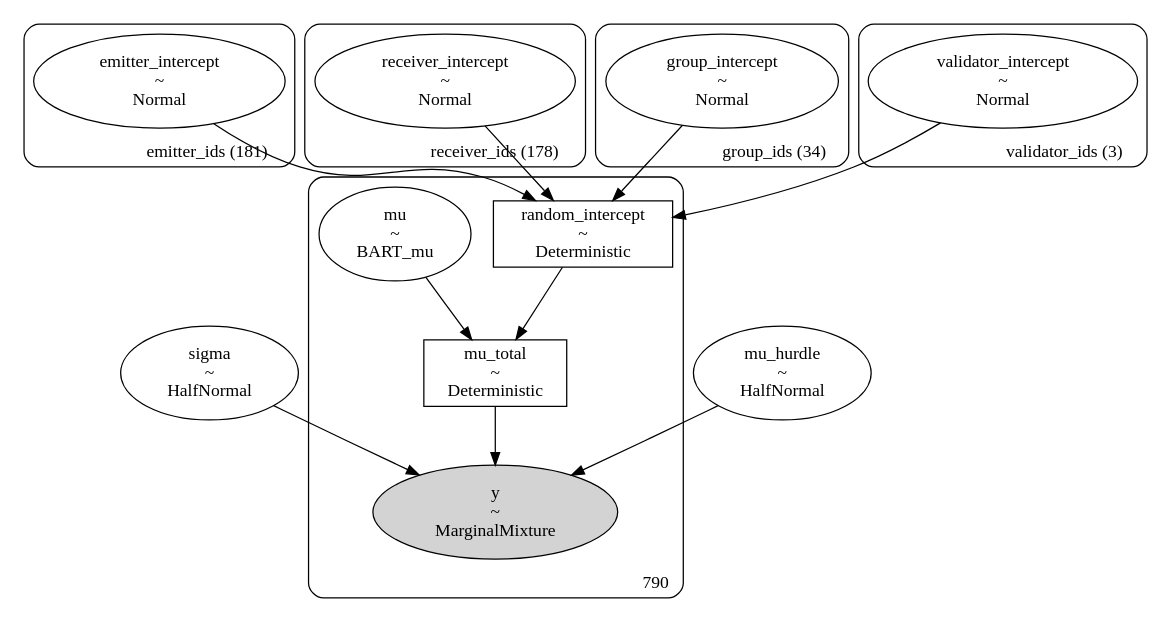
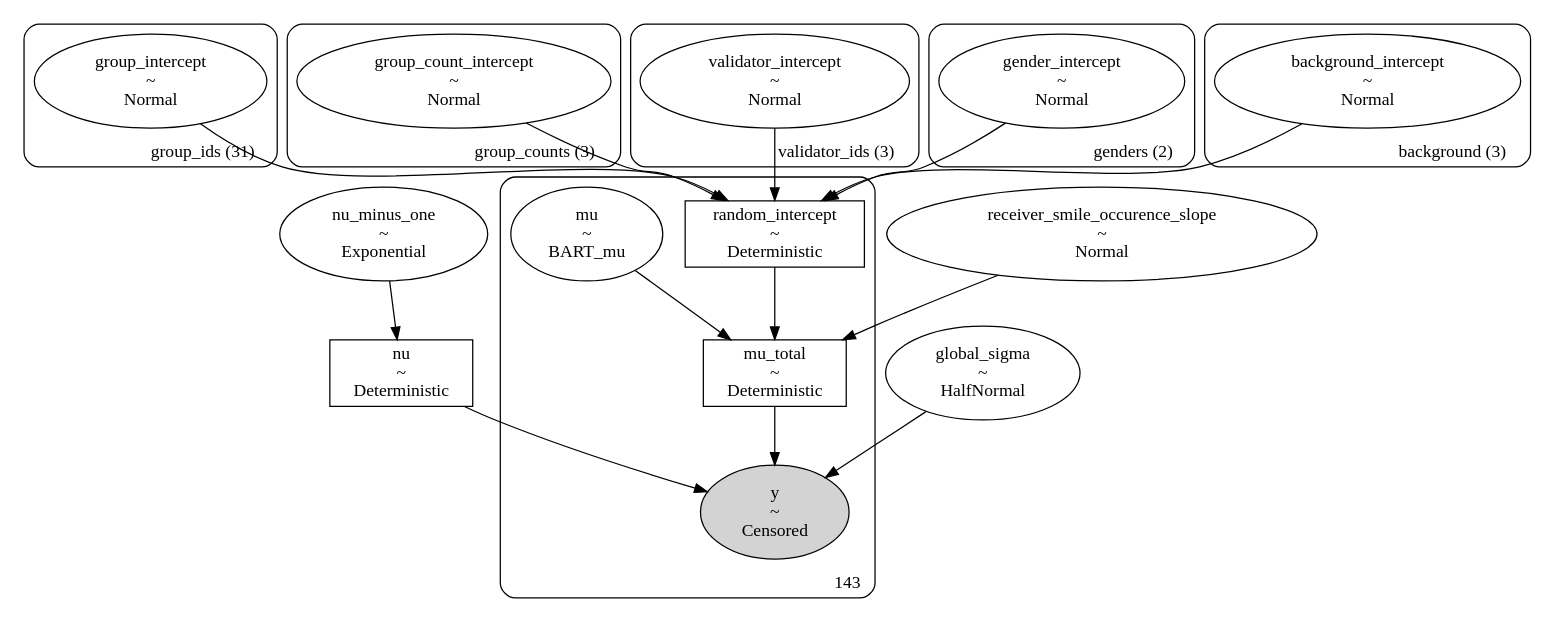
One commit to gitarja/ChildrenMutualSmiling changed the diagram in BayesianAnalysis/.gv. Above: the diagram before and after it, drawn with Graphviz. The commit also changed 43 other files, not shown here.

```diff
--- a/BayesianAnalysis/.gv
+++ b/BayesianAnalysis/.gv
@@ -1,56 +1,71 @@
 digraph {
-	subgraph cluster790 {
-		random_intercept [label="random_intercept
+	subgraph cluster143 {
+		mu_total [label="mu_total
 ~
 Deterministic" shape=box]
-		y [label="y
-~
-MarginalMixture" shape=ellipse style=filled]
-		mu_total [label="mu_total
+		random_intercept [label="random_intercept
 ~
 Deterministic" shape=box]
 		mu [label="mu
 ~
 BART_mu" shape=ellipse]
-		label=790 labeljust=r labelloc=b style=rounded
+		y [label="y
+~
+Censored" shape=ellipse style=filled]
+		label=143 labeljust=r labelloc=b style=rounded
 	}
-	subgraph "clusteremitter_ids (181)" {
-		emitter_intercept [label="emitter_intercept
-~
-Normal" shape=ellipse]
-		label="emitter_ids (181)" labeljust=r labelloc=b style=rounded
-	}
-	subgraph "clusterreceiver_ids (178)" {
-		receiver_intercept [label="receiver_intercept
-~
-Normal" shape=ellipse]
-		label="receiver_ids (178)" labeljust=r labelloc=b style=rounded
-	}
-	subgraph "clustergroup_ids (34)" {
+	subgraph "clustergroup_ids (31)" {
 		group_intercept [label="group_intercept
 ~
 Normal" shape=ellipse]
-		label="group_ids (34)" labeljust=r labelloc=b style=rounded
+		label="group_ids (31)" labeljust=r labelloc=b style=rounded
+	}
+	subgraph "clustergroup_counts (3)" {
+		group_count_intercept [label="group_count_intercept
+~
+Normal" shape=ellipse]
+		label="group_counts (3)" labeljust=r labelloc=b style=rounded
 	}
 	subgraph "clustervalidator_ids (3)" {
 		validator_intercept [label="validator_intercept
 ~
 Normal" shape=ellipse]
 		label="validator_ids (3)" labeljust=r labelloc=b style=rounded
 	}
-	sigma [label="sigma
+	subgraph "clustergenders (2)" {
+		gender_intercept [label="gender_intercept
+~
+Normal" shape=ellipse]
+		label="genders (2)" labeljust=r labelloc=b style=rounded
+	}
+	subgraph "clusterbackground (3)" {
+		background_intercept [label="background_intercept
+~
+Normal" shape=ellipse]
+		label="background (3)" labeljust=r labelloc=b style=rounded
+	}
+	nu [label="nu
+~
+Deterministic" shape=box]
+	receiver_smile_occurence_slope [label="receiver_smile_occurence_slope
+~
+Normal" shape=ellipse]
+	nu_minus_one [label="nu_minus_one
+~
+Exponential" shape=ellipse]
+	global_sigma [label="global_sigma
 ~
 HalfNormal" shape=ellipse]
-	mu_hurdle [label="mu_hurdle
-~
-HalfNormal" shape=ellipse]
-	receiver_intercept -> random_intercept
+	group_intercept -> random_intercept
 	validator_intercept -> random_intercept
-	group_intercept -> random_intercept
-	emitter_intercept -> random_intercept
+	background_intercept -> random_intercept
+	group_count_intercept -> random_intercept
+	gender_intercept -> random_intercept
 	random_intercept -> mu_total
 	mu -> mu_total
-	sigma -> y
-	mu_hurdle -> y
+	receiver_smile_occurence_slope -> mu_total
+	nu_minus_one -> nu
 	mu_total -> y
+	nu -> y
+	global_sigma -> y
 }
```
